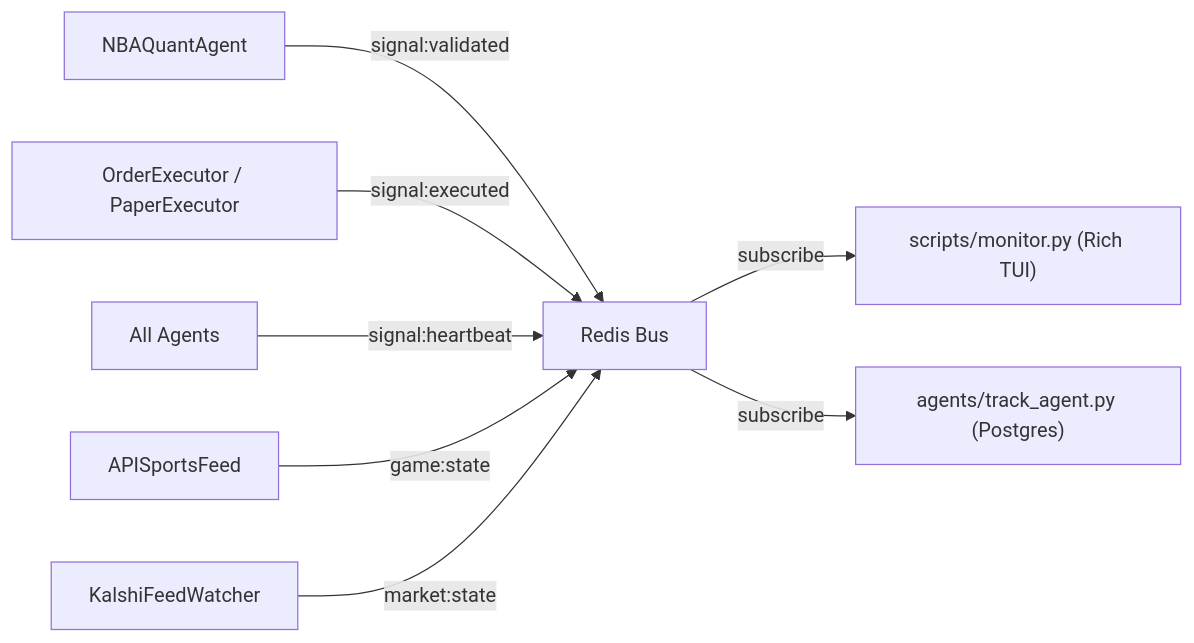
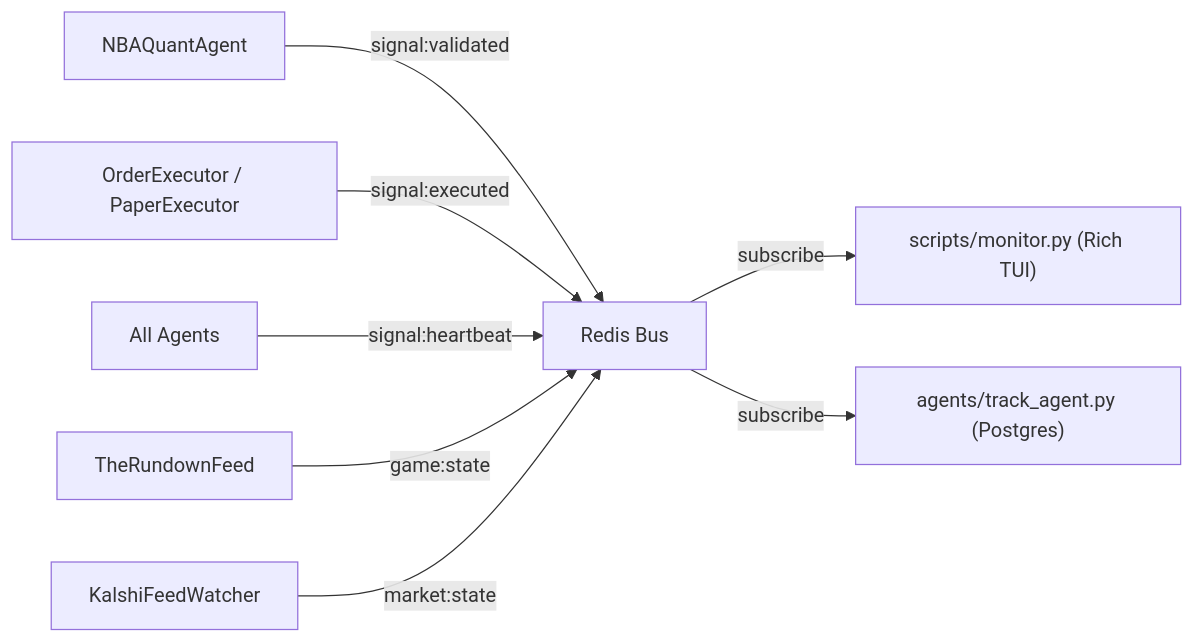
One commit to shreyasshivashankar/argus changed the diagram in docs/MONITORING.md. Above: the diagram before and after it, drawn with Mermaid. The commit also changed 7 other files, not shown here.

First line of the commit message:
feat: replace Balldontlie/Sportradar with TheRundown WebSocket feed

````diff
--- a/docs/MONITORING.md
+++ b/docs/MONITORING.md
@@ -7,11 +7,11 @@
 ```mermaid
 flowchart LR
     QuantAgent["NBAQuantAgent"] -->|"signal:validated"| Redis["Redis Bus"]
     Executor["OrderExecutor / PaperExecutor"] -->|"signal:executed"| Redis
     BaseAgent["All Agents"] -->|"signal:heartbeat"| Redis
-    SportsFeed["APISportsFeed"] -->|"game:state"| Redis
+    SportsFeed["TheRundownFeed"] -->|"game:state"| Redis
     KalshiFeed["KalshiFeedWatcher"] -->|"market:state"| Redis
 
     Redis -->|subscribe| Monitor["scripts/monitor.py (Rich TUI)"]
     Redis -->|subscribe| Tracker["agents/track_agent.py (Postgres)"]
 ```
````
